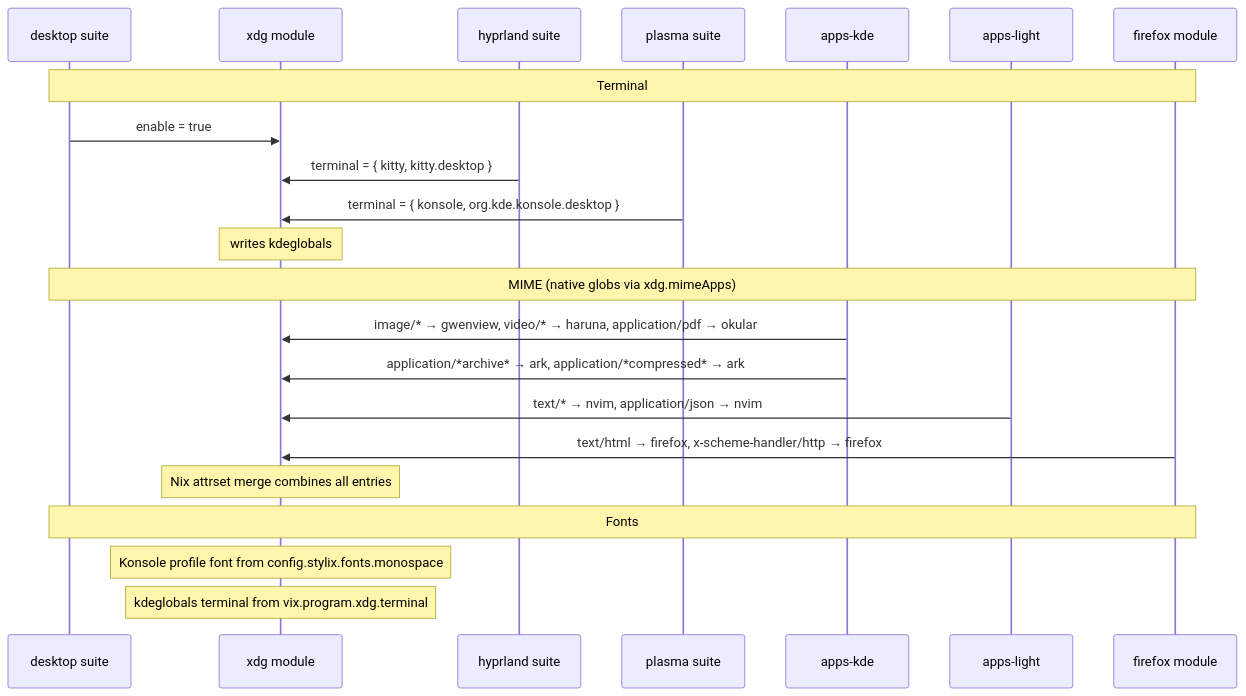
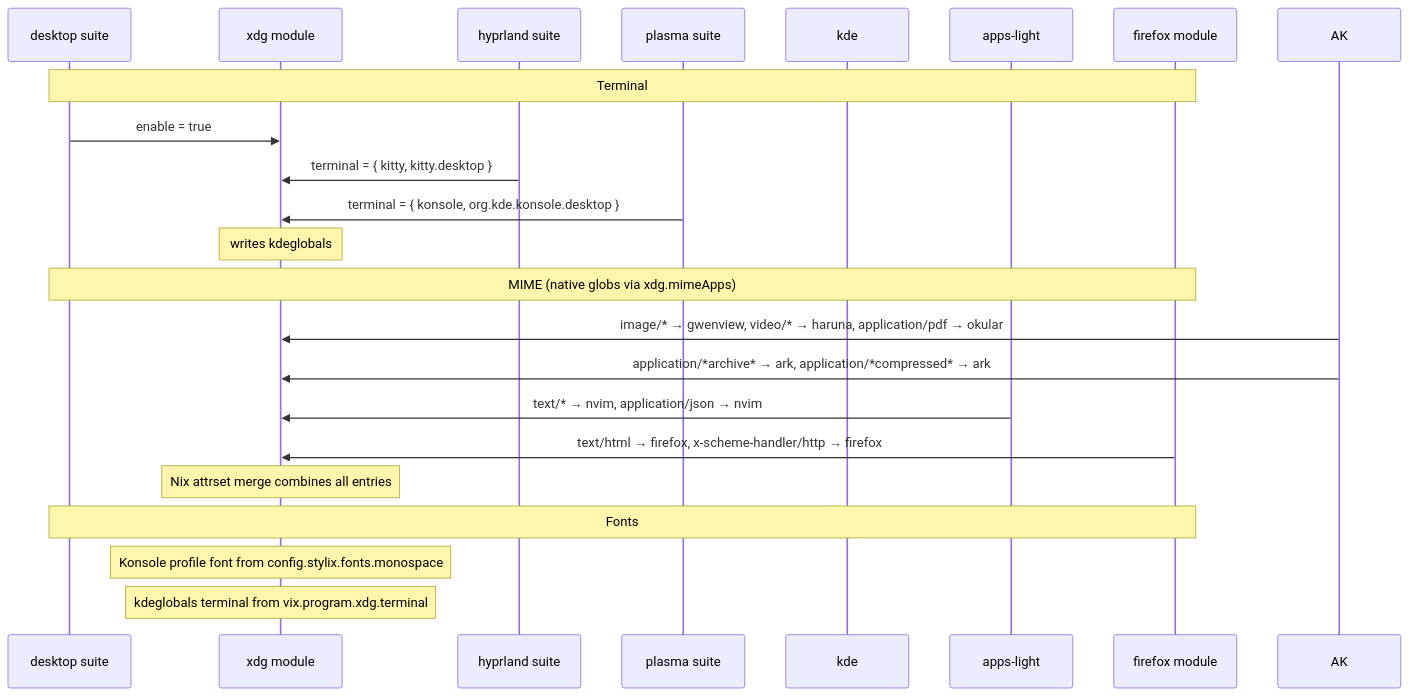
The fourth of 4 diagrams in docs/ARCHITECTURE.md (vixhentx/nixos), drawn with Mermaid before and after one commit. The commit also changed other lines of this file and 10 other files, not shown here.

````diff
--- a/docs/ARCHITECTURE.md
+++ b/docs/ARCHITECTURE.md
@@ -89,27 +89,27 @@
 ```mermaid
 sequenceDiagram
     participant DS as desktop suite
     participant XDG as xdg module
     participant HS as hyprland suite
     participant PS as plasma suite
-    participant AK as apps-kde
+    participant KDE as kde
     participant AL as apps-light
     participant FF as firefox module
 
     Note over DS,FF: Terminal
     DS->>XDG: enable = true
     HS->>XDG: terminal = { kitty, kitty.desktop }
     PS->>XDG: terminal = { konsole, org.kde.konsole.desktop }
     Note over XDG: writes kdeglobals
 
     Note over DS,FF: MIME (native globs via xdg.mimeApps)
     AK->>XDG: image/* → gwenview, video/* → haruna, application/pdf → okular
     AK->>XDG: application/*archive* → ark, application/*compressed* → ark
     AL->>XDG: text/* → nvim, application/json → nvim
     FF->>XDG: text/html → firefox, x-scheme-handler/http → firefox
     Note over XDG: Nix attrset merge combines all entries
 
     Note over DS,FF: Fonts
     Note over XDG: Konsole profile font from config.stylix.fonts.monospace
     Note over XDG: kdeglobals terminal from vix.program.xdg.terminal
 ```
````
